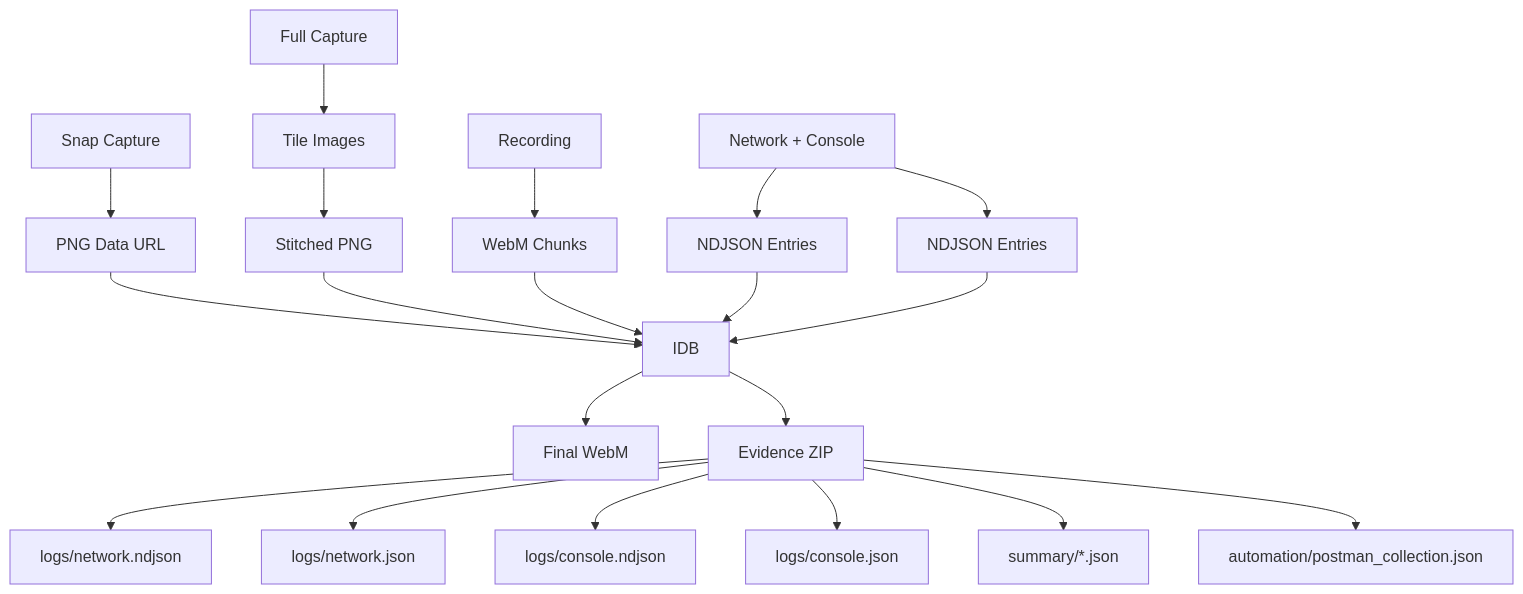
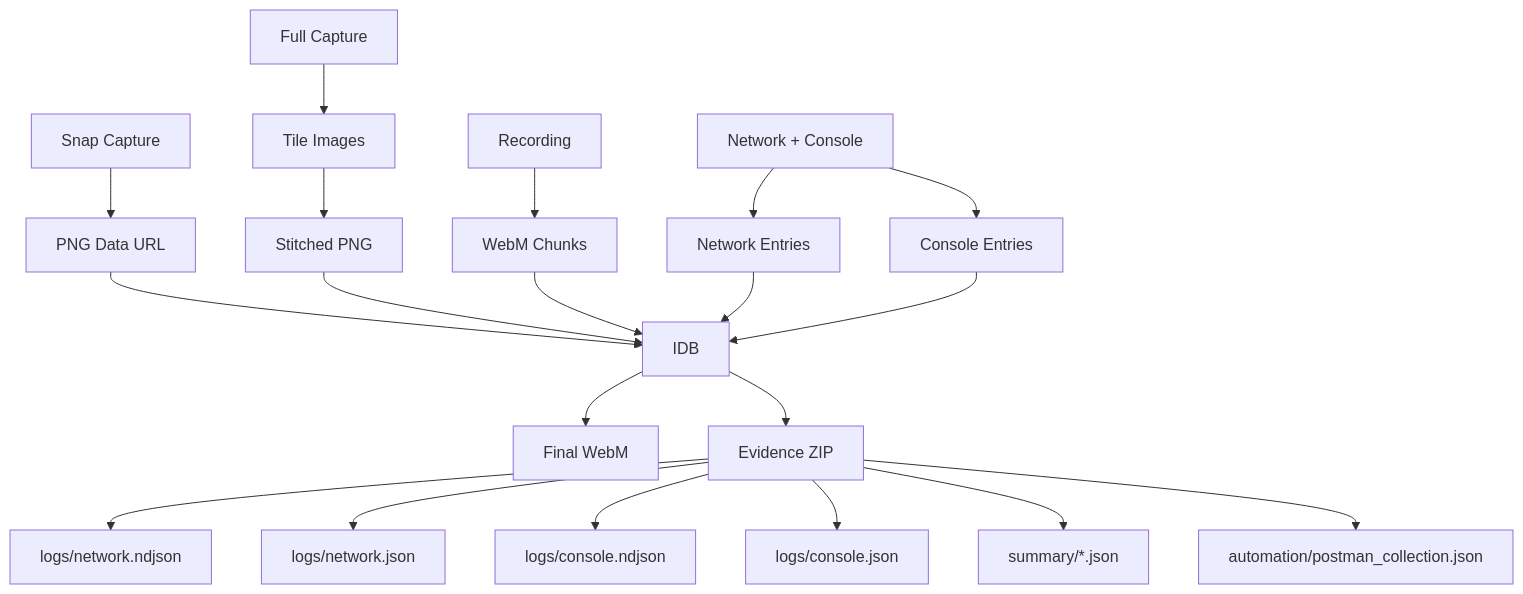
The sixth of 7 diagrams in extension/docs/architecture/repro-architecture-v1.md (Kishorekomminenik/CleanrMLP1), drawn with Mermaid before and after one commit. The commit also changed other lines of this file, not shown here.

Commit message:
Refresh Repro V1 architecture diagrams

````diff
--- a/extension/docs/architecture/repro-architecture-v1.md
+++ b/extension/docs/architecture/repro-architecture-v1.md
@@ -174,25 +178,25 @@
 ```mermaid
 flowchart TD
   Snap[Snap Capture] --> ShotData[PNG Data URL]
   Full[Full Capture] --> Tiles[Tile Images]
   Tiles --> FullImage[Stitched PNG]
   ShotData --> IDB
   FullImage --> IDB
 
   Record[Recording] --> Chunks[WebM Chunks]
   Chunks --> IDB
   IDB --> FinalWebM[Final WebM]
 
-  Logs[Network + Console] --> NetEntries[NDJSON Entries]
-  Logs --> ConsoleEntries[NDJSON Entries]
+  Logs[Network + Console] --> NetEntries[Network Entries]
+  Logs --> ConsoleEntries[Console Entries]
   NetEntries --> IDB
   ConsoleEntries --> IDB
 
   IDB --> ExportZIP[Evidence ZIP]
   ExportZIP --> LogsNDJSON[logs/network.ndjson]
   ExportZIP --> LogsJSON[logs/network.json]
   ExportZIP --> ConsoleNDJSON[logs/console.ndjson]
   ExportZIP --> ConsoleJSON[logs/console.json]
   ExportZIP --> Summary[summary/*.json]
   ExportZIP --> Postman[automation/postman_collection.json]
 ```
````
